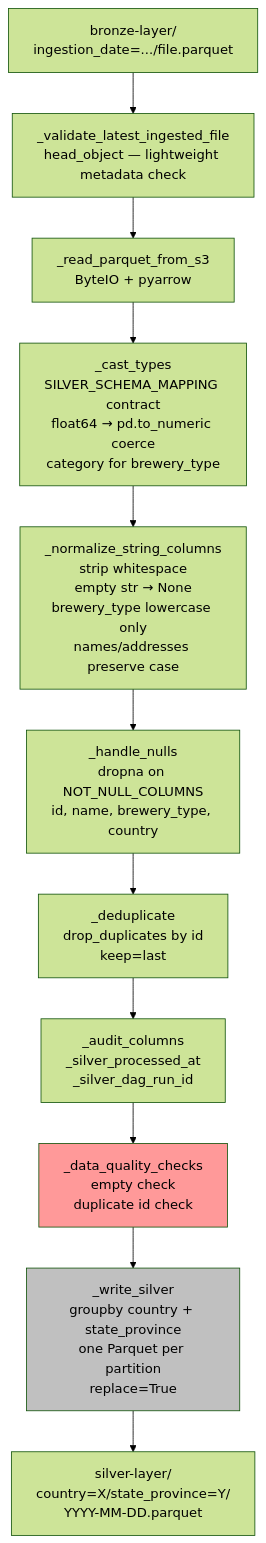
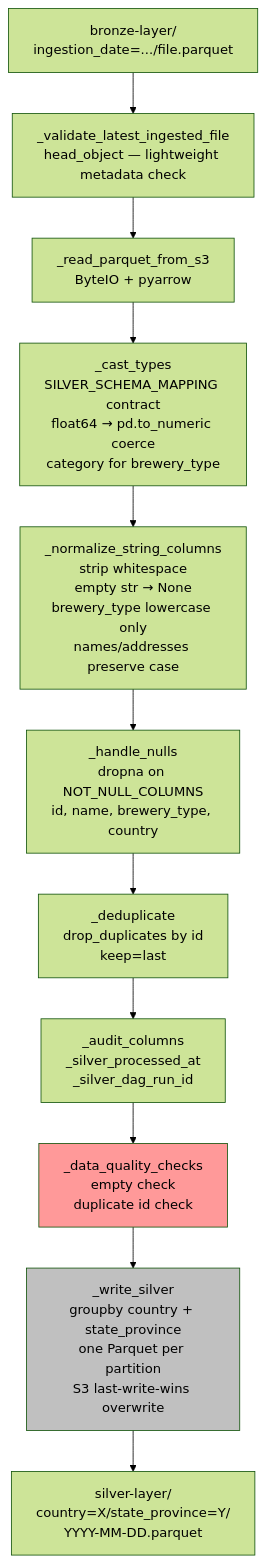
One commit to rcarradas/BEES-CHALLENGE changed the fourth of 6 diagrams in README.md. Above: the diagram before and after it, drawn with Mermaid (forest theme). The commit also changed other lines of this file and 1 other file, not shown here.

````diff
--- a/README.md
+++ b/README.md
@@ -288,17 +288,17 @@
 ```mermaid
 flowchart TD
     IN["bronze-layer/\ningestion_date=.../file.parquet"]
     --> VALIDATE["_validate_latest_ingested_file\nhead_object — lightweight metadata check"]
     --> READ["_read_parquet_from_s3\nByteIO + pyarrow"]
     --> CAST["_cast_types\nSILVER_SCHEMA_MAPPING contract\nfloat64 → pd.to_numeric coerce\ncategory for brewery_type"]
     --> NORM["_normalize_string_columns\nstrip whitespace\nempty str → None\nbrewery_type lowercase only\nnames/addresses preserve case"]
     --> NULLS["_handle_nulls\ndropna on NOT_NULL_COLUMNS\nid, name, brewery_type, country"]
     --> DEDUP["_deduplicate\ndrop_duplicates by id\nkeep=last"]
     --> AUDIT["_audit_columns\n_silver_processed_at\n_silver_dag_run_id"]
     --> DQ["_data_quality_checks\nempty check\nduplicate id check"]
-    --> WRITE["_write_silver\ngroupby country + state_province\none Parquet per partition\nreplace=True"]
+    --> WRITE["_write_silver\ngroupby country + state_province\none Parquet per partition\nS3 last-write-wins overwrite"]
     --> OUT["silver-layer/\ncountry=X/state_province=Y/\nYYYY-MM-DD.parquet"]
 
     style DQ fill:#ff9999,color:#000
     style WRITE fill:#C0C0C0,color:#000
 ```
````
